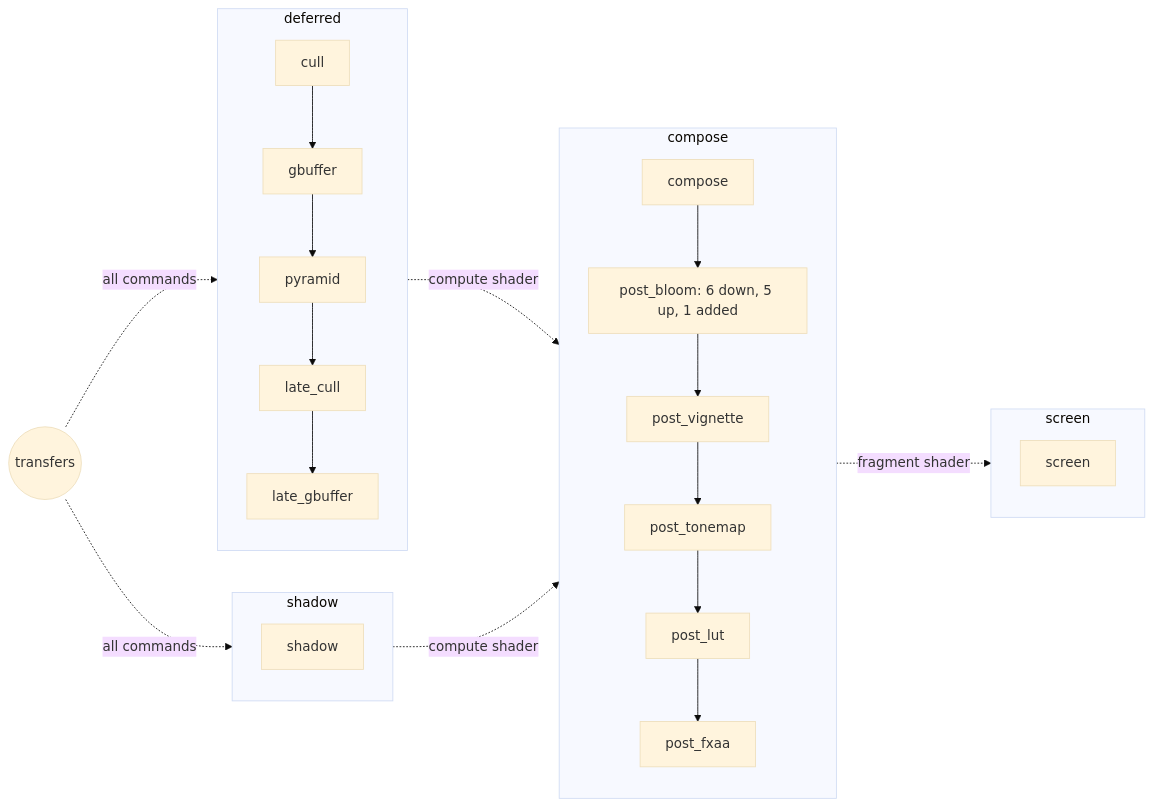
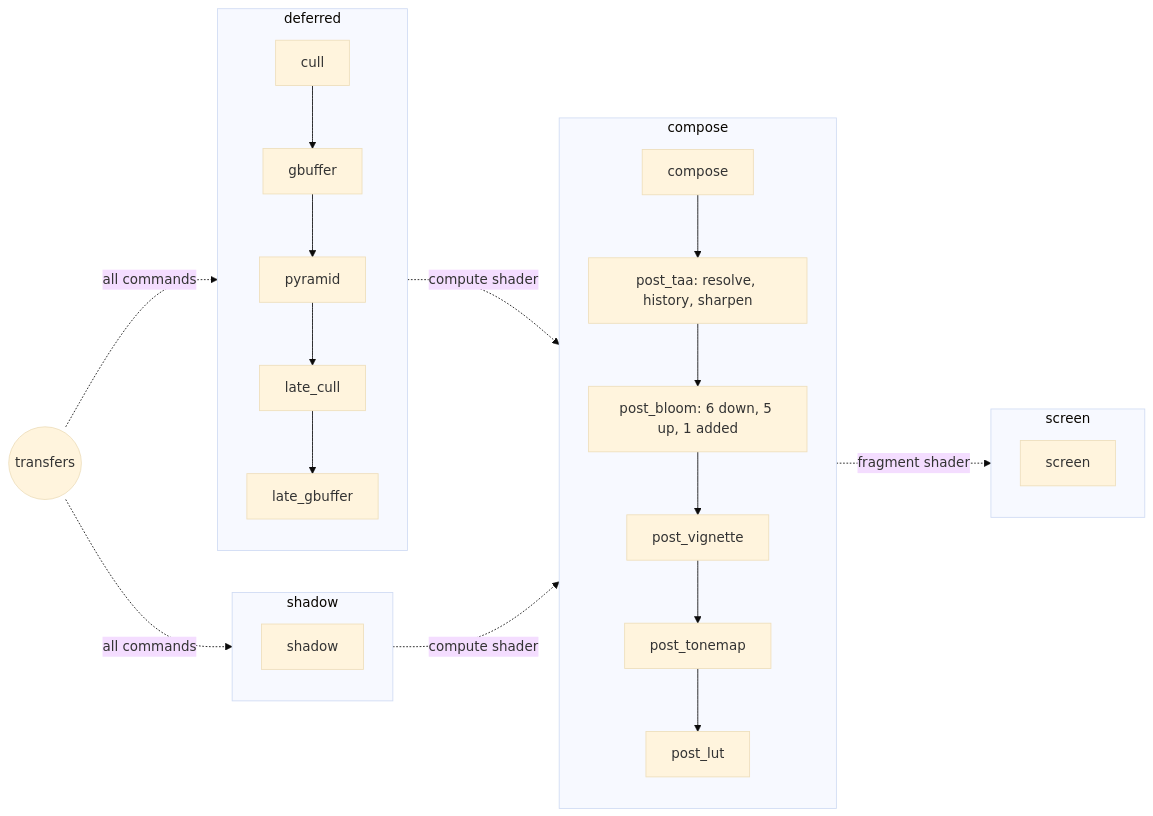
Before and after one commit to Kag-k-thun/Balder: the diagram in doc/render-graph.md, drawn with Mermaid (base theme). The commit also changed other lines of this file, not shown here.

Commit message:
[BAL-89][graph] docs: describe the persistent images, the velocity of the g-buffer and the temporal anti-aliasing

````diff
--- a/doc/render-graph.md
+++ b/doc/render-graph.md
@@ -123,21 +130,21 @@
 ```mermaid
 flowchart LR
     transfers((transfers))
     subgraph deferred
         cull --> gbuffer --> pyramid --> late_cull --> late_gbuffer
     end
     subgraph shadow
         shadow_map[shadow]
     end
     subgraph compose
-        composition[compose] --> bloom[post_bloom: 6 down, 5 up, 1 added] --> vignette[post_vignette] --> tonemap[post_tonemap] --> lut[post_lut] --> fxaa[post_fxaa]
+        composition[compose] --> taa[post_taa: resolve, history, sharpen] --> bloom[post_bloom: 6 down, 5 up, 1 added] --> vignette[post_vignette] --> tonemap[post_tonemap] --> lut[post_lut]
     end
     subgraph screen
         widgets[screen]
     end
     transfers -. all commands .-> deferred
     transfers -. all commands .-> shadow
     deferred -. compute shader .-> compose
     shadow -. compute shader .-> compose
     compose -. fragment shader .-> screen
 ```
````
